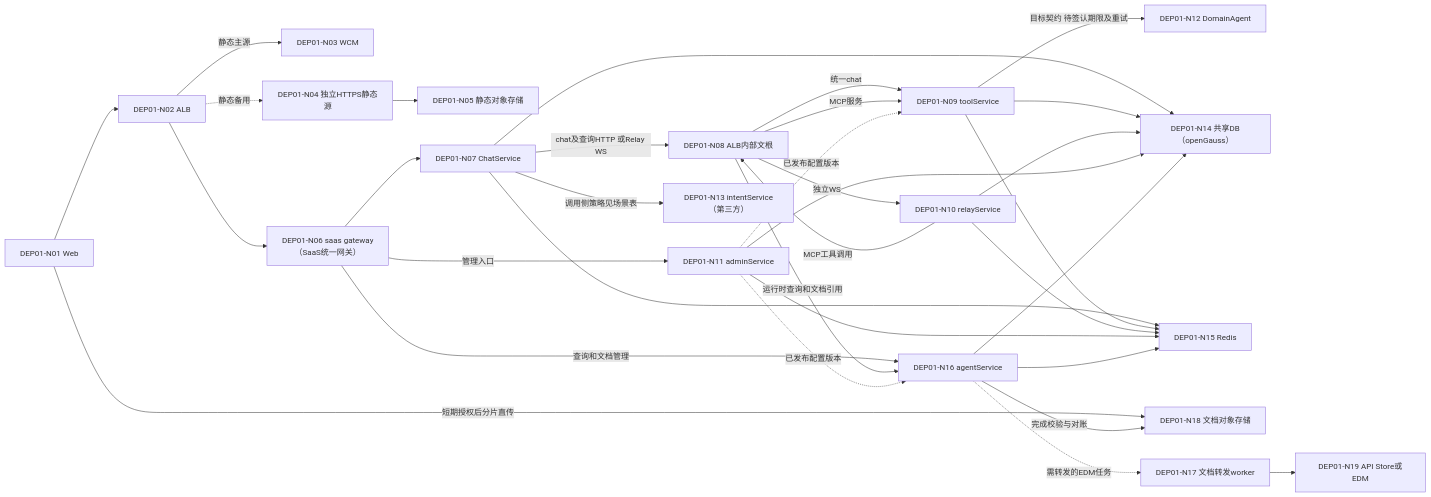
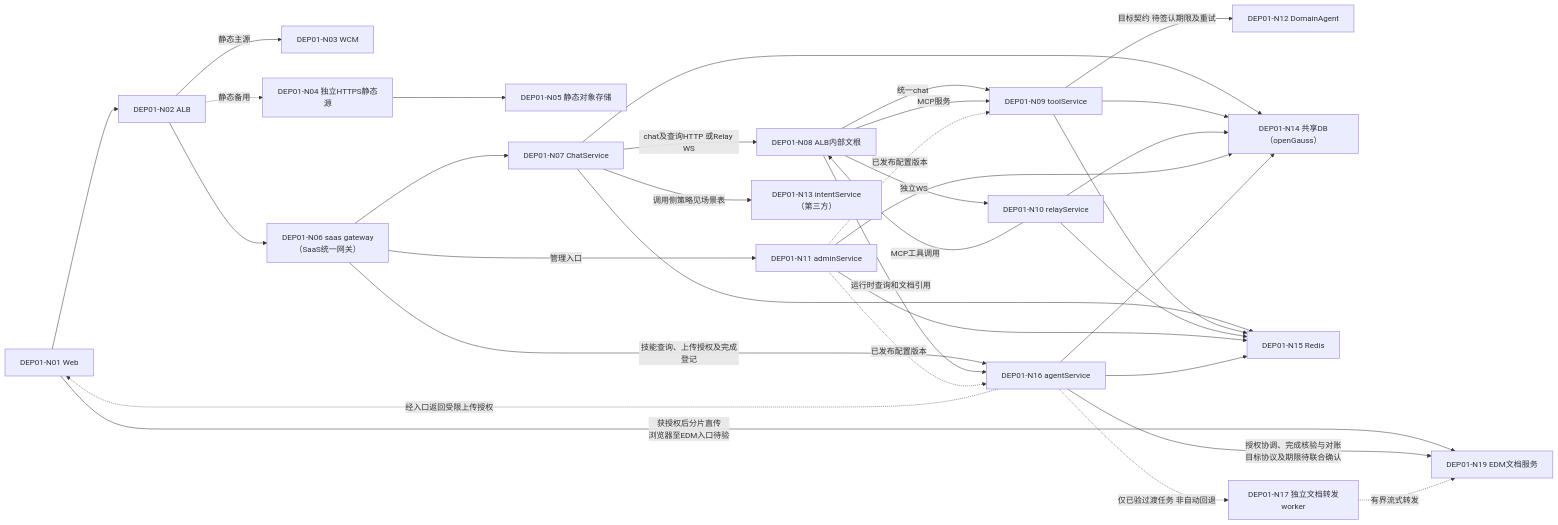
The second of 7 diagrams in docs/architecture/high-availability/deployment.md (kunben-duck/exweb), drawn with Mermaid before and after one commit. The commit also changed other lines of this file and 9 other files, not shown here.

Commit message:
docs: clarify agent service EDM uploads and direct upload hardening

````diff
--- a/docs/architecture/high-availability/deployment.md
+++ b/docs/architecture/high-availability/deployment.md
@@ -70,35 +72,36 @@
 ```mermaid
 flowchart LR
     web["DEP01-N01 Web"] --> edge["DEP01-N02 ALB"]
     edge -->|静态主源| wcm["DEP01-N03 WCM"]
     edge -.->|静态备用| staticOrigin["DEP01-N04 独立HTTPS静态源"]
     staticOrigin --> staticObjects["DEP01-N05 静态对象存储"]
     edge --> gateway["DEP01-N06 saas gateway<br/>（SaaS统一网关）"]
     gateway --> chat["DEP01-N07 ChatService"]
-    gateway -->|查询和文档管理| agent["DEP01-N16 agentService"]
+    gateway -->|技能查询、上传授权及完成登记| agent["DEP01-N16 agentService"]
     gateway -->|管理入口| admin["DEP01-N11 adminService"]
     chat -->|chat及查询HTTP 或Relay WS| internal["DEP01-N08 ALB内部文根"]
     internal -->|统一chat| tool["DEP01-N09 toolService"]
     internal -->|运行时查询和文档引用| agent
     internal -->|独立WS| relay["DEP01-N10 relayService"]
     relay -->|MCP工具调用| internal
     internal -->|MCP服务| tool
     tool -->|目标契约 待签认期限及重试| domain["DEP01-N12 DomainAgent"]
     chat -->|调用侧策略见场景表| intent["DEP01-N13 intentService（第三方）"]
     admin -.->|已发布配置版本| tool
     admin -.->|已发布配置版本| agent
     chat --> db["DEP01-N14 共享DB（openGauss）"]
     tool --> db
     relay --> db
     admin --> db
     agent --> db
     chat --> redis["DEP01-N15 Redis"]
     tool --> redis
     relay --> redis
     admin --> redis
     agent --> redis
-    web -->|短期授权后分片直传| objects["DEP01-N18 文档对象存储"]
-    agent -->|完成校验与对账| objects
-    agent -.->|需转发的EDM任务| worker["DEP01-N17 文档转发worker"]
-    worker --> edm["DEP01-N19 API Store或EDM"]
+    agent -.->|经入口返回受限上传授权| web
+    web -->|获授权后分片直传<br/>浏览器至EDM入口待验| edm["DEP01-N19 EDM文档服务"]
+    agent -->|授权协调、完成核验与对账<br/>目标协议及期限待联合确认| edm
+    agent -.->|仅已验过渡任务 非自动回退| worker["DEP01-N17 独立文档转发worker"]
+    worker -.->|有界流式转发| edm
 ```
````
